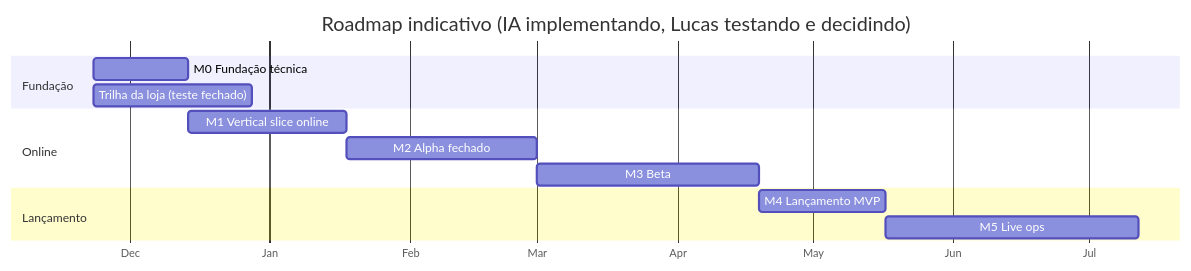
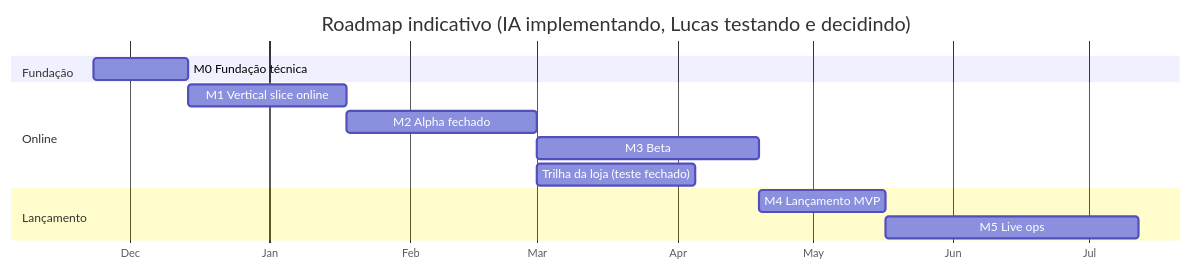
Before and after one commit to Flushin/rpg-wuxia: the diagram in docs/roadmap/04-marcos.md, drawn with Mermaid. The commit also changed other lines of this file and 5 other files, not shown here.

First line of the commit message:
Roadmap: loja só no início do M3, Trilha C de conteúdo offline e appId mistpeak

````diff
--- a/docs/roadmap/04-marcos.md
+++ b/docs/roadmap/04-marcos.md
@@ -316,16 +338,16 @@
 ```mermaid
 gantt
   dateFormat  YYYY-MM-DD
   axisFormat  %b
   title Roadmap indicativo (IA implementando, Lucas testando e decidindo)
   section Fundação
   M0 Fundação técnica        :m0, 2026-11-23, 3w
-  Trilha da loja (teste fechado) :loja, 2026-11-23, 5w
   section Online
   M1 Vertical slice online   :m1, after m0, 5w
   M2 Alpha fechado           :m2, after m1, 6w
   M3 Beta                    :m3, after m2, 7w
+  Trilha da loja (teste fechado) :loja, after m2, 5w
   section Lançamento
   M4 Lançamento MVP          :m4, after m3, 4w
   M5 Live ops                :m5, after m4, 8w
 ```
````
